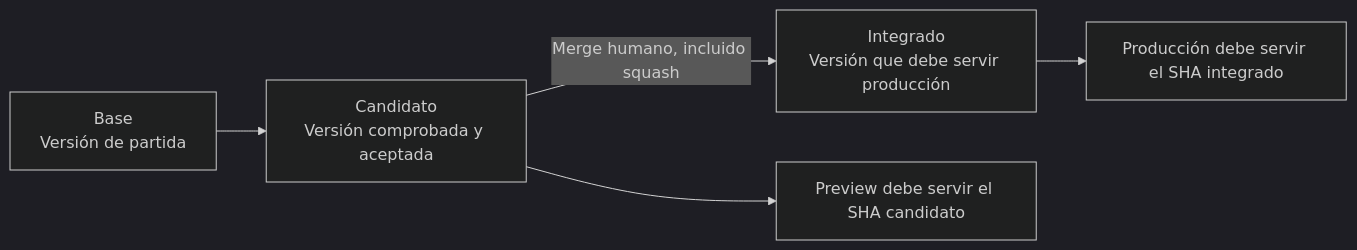
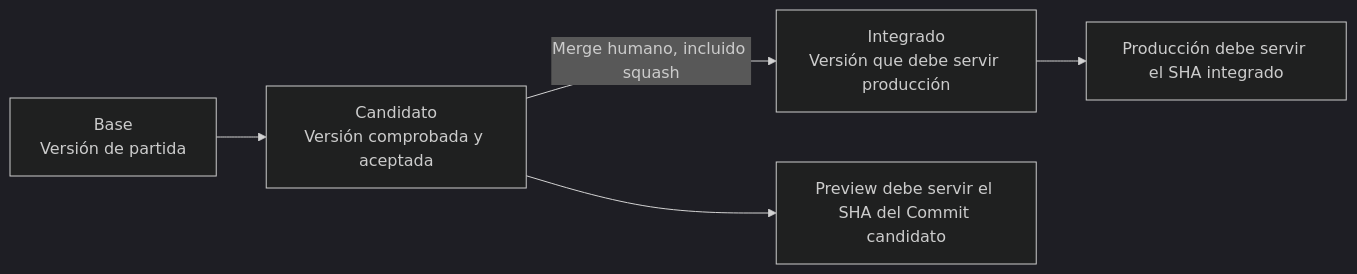
Before and after one commit to rubenbp/app-foundry: the third of 3 diagrams in docs/manual/01-mapa.md, drawn with Mermaid (dark theme). The commit also changed other lines of this file and 35 other files, not shown here.

Commit message:
Ajusta términos de issue y commit candidato

````diff
--- a/docs/manual/01-mapa.md
+++ b/docs/manual/01-mapa.md
@@ -86,7 +86,7 @@
 ```mermaid
 flowchart LR
     B["Base<br/>Versión de partida"] --> C["Candidato<br/>Versión comprobada y aceptada"]
     C -->|"Merge humano, incluido squash"| M["Integrado<br/>Versión que debe servir producción"]
-    C --> V["Preview debe servir el SHA candidato"]
+    C --> V["Preview debe servir el SHA del Commit candidato"]
     M --> P["Producción debe servir el SHA integrado"]
 ```
````
